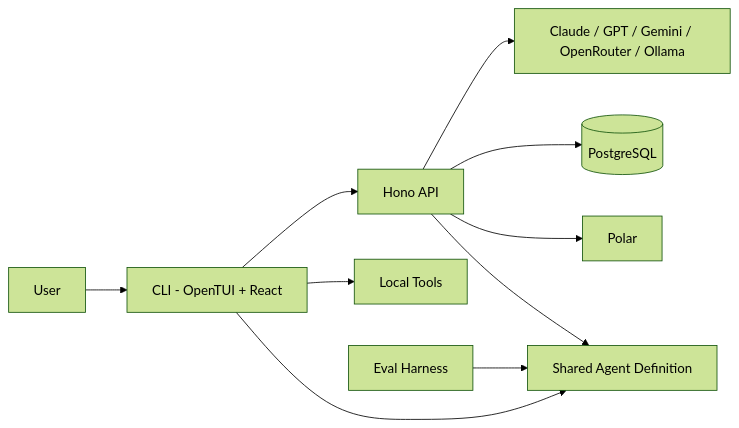
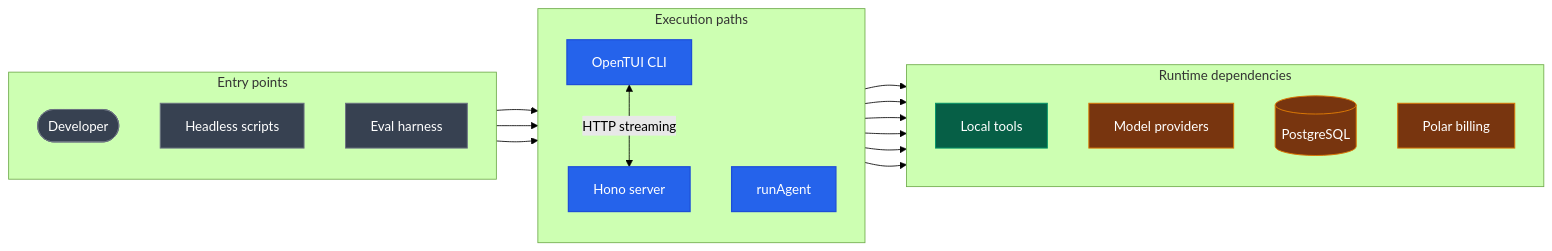
Before and after one commit to 101xAnshu/agent-snow: the diagram in README.md, drawn with Mermaid (forest theme). The commit also changed other lines of this file, not shown here.

````diff
--- a/README.md
+++ b/README.md
@@ -47,12 +33,43 @@
 ```mermaid
 flowchart LR
-    User[User] --> CLI[CLI - OpenTUI + React]
-    CLI --> Server[Hono API]
-    CLI --> Tools[Local Tools]
-    Server --> Models[Claude / GPT / Gemini / OpenRouter / Ollama]
-    Server --> DB[(PostgreSQL)]
-    Server --> Polar[Polar]
-    CLI --> Agent[Shared Agent Definition]
-    Server --> Agent
-    Harness[Eval Harness] --> Agent
+    subgraph Entry[Entry points]
+        direction TB
+        Developer([Developer])
+        Scripts[Headless scripts]
+        Harness[Eval harness]
+    end
+
+    subgraph Runtime[Execution paths]
+        direction TB
+        CLI[OpenTUI CLI] <-->|HTTP streaming| Server[Hono server]
+        Agent[runAgent]
+    end
+
+    subgraph Dependencies[Runtime dependencies]
+        direction TB
+        Tools[Local tools]
+        Providers[Model providers]
+        Database[(PostgreSQL)]
+        Polar[Polar billing]
+    end
+
+    Developer --> CLI
+    Scripts --> Agent
+    Harness --> Agent
+
+    CLI --> Tools
+    Agent --> Tools
+    Server --> Providers
+    Agent --> Providers
+    Server --> Database
+    Server --> Polar
+
+    classDef product fill:#2563eb,color:#ffffff,stroke:#1d4ed8,stroke-width:1.5px;
+    classDef runtime fill:#374151,color:#ffffff,stroke:#6b7280,stroke-width:1.2px;
+    classDef local fill:#065f46,color:#ffffff,stroke:#059669,stroke-width:1.2px;
+    classDef external fill:#78350f,color:#ffffff,stroke:#d97706,stroke-width:1.2px;
+    class CLI,Server,Agent product;
+    class Developer,Scripts,Harness runtime;
+    class Tools local;
+    class Providers,Database,Polar external;
 ```
````
